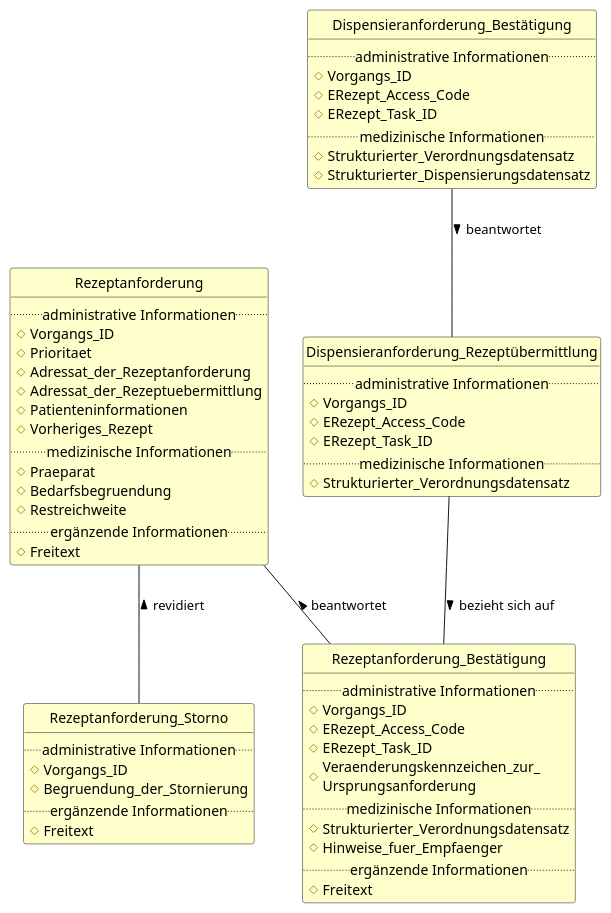
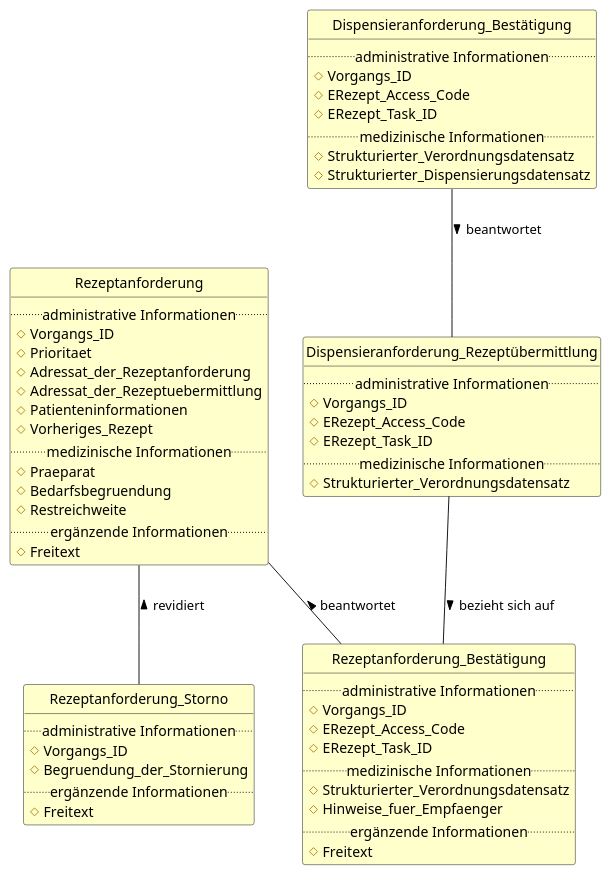
The diagram in Resources/puml/old/rezeptanforderungen-pflege-businessobjects-inhalte.puml (gematik/spec-E-Rezept-ServiceRequest), drawn with PlantUML before and after one commit. The commit also changed 1 other file, not shown here.

Commit message:
Remove erroneous entry in diagram

```diff
--- a/Resources/puml/old/rezeptanforderungen-pflege-businessobjects-inhalte.puml
+++ b/Resources/puml/old/rezeptanforderungen-pflege-businessobjects-inhalte.puml
@@ -1,70 +1,69 @@
 @startuml
 
 'top to bottom direction
 
 'skinparam linetype ortho
 hide circle
 hide methods
 
 class "Rezeptanforderung" as Rezeptanforderung #BUSINESS {
     ..administrative Informationen..
     #Vorgangs_ID
     #Prioritaet
     #Adressat_der_Rezeptanforderung
     #Adressat_der_Rezeptuebermittlung
     #Patienteninformationen
     #Vorheriges_Rezept
     ..medizinische Informationen..
     #Praeparat
     #Bedarfsbegruendung
     #Restreichweite
     ..ergänzende Informationen..
     #Freitext
 }
 
 class "Rezeptanforderung_Storno" as Rezeptanforderung_Storno #BUSINESS {
     ..administrative Informationen..
     #Vorgangs_ID
     #Begruendung_der_Stornierung
     ..ergänzende Informationen..
     #Freitext
 }
 
 class "Rezeptanforderung_Bestätigung" as Rezeptanforderung_Bestätigung #BUSINESS {
     ..administrative Informationen..
     #Vorgangs_ID
     #ERezept_Access_Code
     #ERezept_Task_ID
-    #Veraenderungskennzeichen_zur_\nUrsprungsanforderung
     ..medizinische Informationen..
     #Strukturierter_Verordnungsdatensatz
     #Hinweise_fuer_Empfaenger
     ..ergänzende Informationen..
     #Freitext
 }
 
 class "Dispensieranforderung_Rezeptübermittlung" as Dispensieranforderung_Rezeptübermittlung #BUSINESS {
     ..administrative Informationen..
     #Vorgangs_ID
     #ERezept_Access_Code
     #ERezept_Task_ID
     ..medizinische Informationen..
     #Strukturierter_Verordnungsdatensatz
 }
 
 class "Dispensieranforderung_Bestätigung" as Dispensieranforderung_Bestätigung #BUSINESS {
     ..administrative Informationen..
     #Vorgangs_ID
     #ERezept_Access_Code
     #ERezept_Task_ID
     ..medizinische Informationen..
     #Strukturierter_Verordnungsdatensatz
     #Strukturierter_Dispensierungsdatensatz
 }
 
 Rezeptanforderung_Storno -up- Rezeptanforderung: revidiert >
 Rezeptanforderung_Bestätigung -up- Rezeptanforderung: beantwortet >
 Dispensieranforderung_Bestätigung -- Dispensieranforderung_Rezeptübermittlung: beantwortet >
 Dispensieranforderung_Rezeptübermittlung -- Rezeptanforderung_Bestätigung: bezieht sich auf >
 
 @enduml
```
